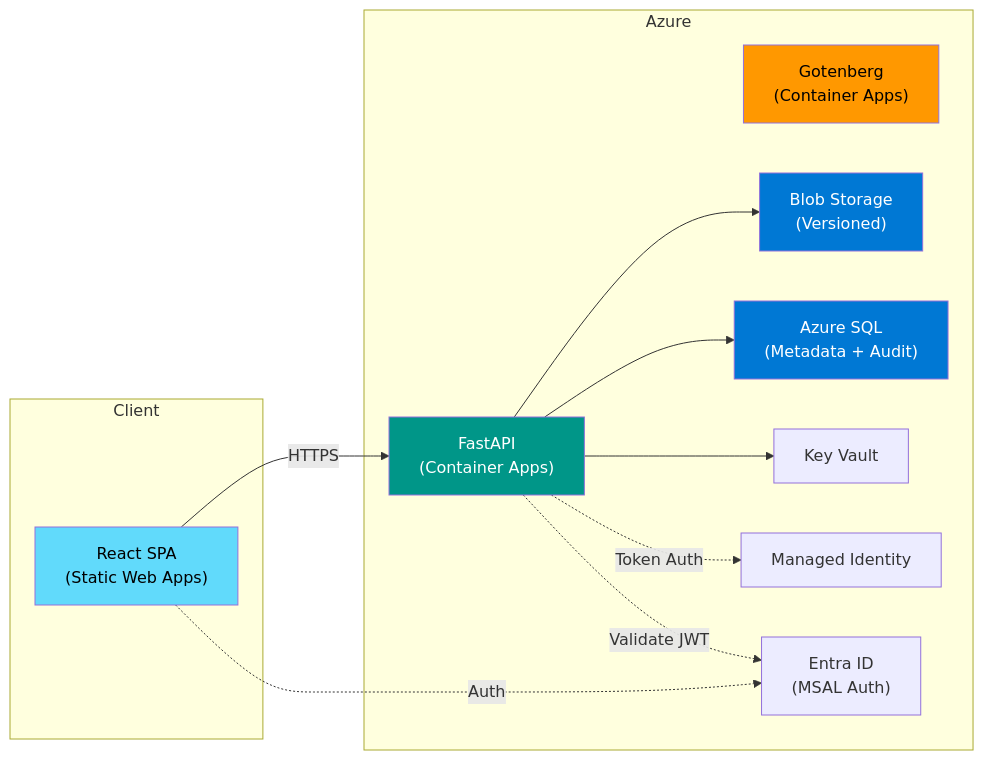
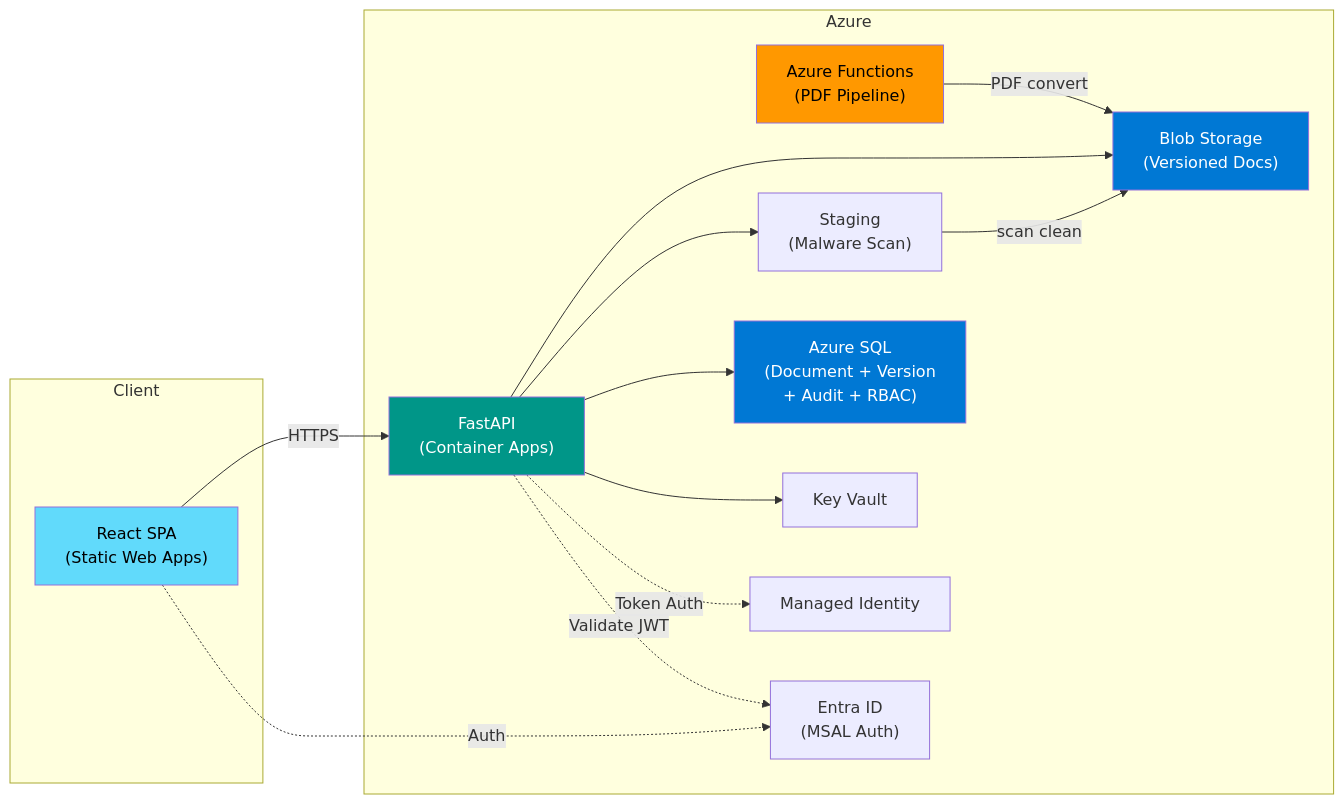
The first of 2 diagrams in README.md (fgarofalo56/ucm-azure-native-demo), drawn with Mermaid before and after one commit. The commit also changed other lines of this file and 41 other files, not shown here.

First line of the commit message:
feat(backend+frontend+infra): implement UCM migration spec — document versioning, Aspose PDF engine, admin rollback

````diff
--- a/README.md
+++ b/README.md
@@ -39,30 +39,34 @@
 ```mermaid
 flowchart LR
     subgraph Client
         FE["React SPA\n(Static Web Apps)"]
     end
 
     subgraph Azure
         API["FastAPI\n(Container Apps)"]
-        GOT["Gotenberg\n(Container Apps)"]
-        BLOB["Blob Storage\n(Versioned)"]
-        SQL["Azure SQL\n(Metadata + Audit)"]
+        FUNC["Azure Functions\n(PDF Pipeline)"]
+        BLOB["Blob Storage\n(Versioned Docs)"]
+        STAGING["Staging\n(Malware Scan)"]
+        SQL["Azure SQL\n(Document + Version\n+ Audit + RBAC)"]
         KV["Key Vault"]
         ENTRA["Entra ID\n(MSAL Auth)"]
         MI["Managed Identity"]
     end
 
     FE -->|HTTPS| API
     API --> BLOB
+    API --> STAGING
+    STAGING -->|scan clean| BLOB
     API --> SQL
     API --> KV
+    FUNC -->|PDF convert| BLOB
     API -.->|Token Auth| MI
     FE -.->|Auth| ENTRA
     API -.->|Validate JWT| ENTRA
 
     style FE fill:#61dafb,color:#000
     style API fill:#009688,color:#fff
-    style GOT fill:#ff9800,color:#000
+    style FUNC fill:#ff9800,color:#000
     style BLOB fill:#0078d4,color:#fff
     style SQL fill:#0078d4,color:#fff
 ```
````
